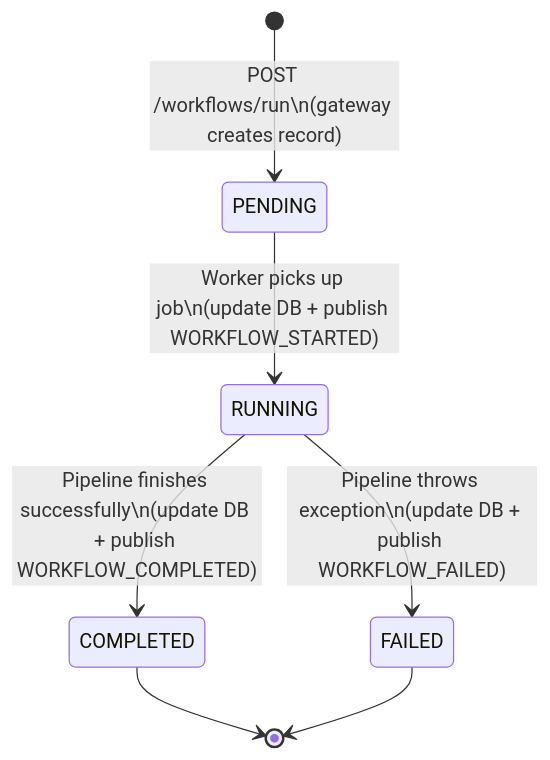
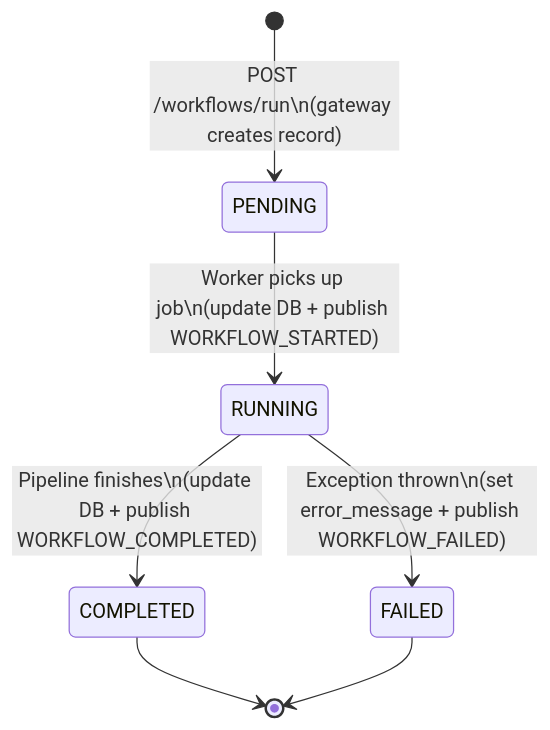
One commit to BechtelR/AutoBuilder changed the fifth of 6 diagrams in .dev/build-phase/phase-3/model.md. Above: the diagram before and after it, drawn with Mermaid. The commit also changed other lines of this file and 2 other files, not shown here.

````diff
--- a/.dev/build-phase/phase-3/model.md
+++ b/.dev/build-phase/phase-3/model.md
@@ -311,12 +466,9 @@
 ```mermaid
 stateDiagram-v2
     [*] --> PENDING: POST /workflows/run\n(gateway creates record)
-
     PENDING --> RUNNING: Worker picks up job\n(update DB + publish WORKFLOW_STARTED)
-
-    RUNNING --> COMPLETED: Pipeline finishes successfully\n(update DB + publish WORKFLOW_COMPLETED)
-    RUNNING --> FAILED: Pipeline throws exception\n(update DB + publish WORKFLOW_FAILED)
-
+    RUNNING --> COMPLETED: Pipeline finishes\n(update DB + publish WORKFLOW_COMPLETED)
+    RUNNING --> FAILED: Exception thrown\n(set error_message + publish WORKFLOW_FAILED)
     COMPLETED --> [*]
     FAILED --> [*]
 ```
````
